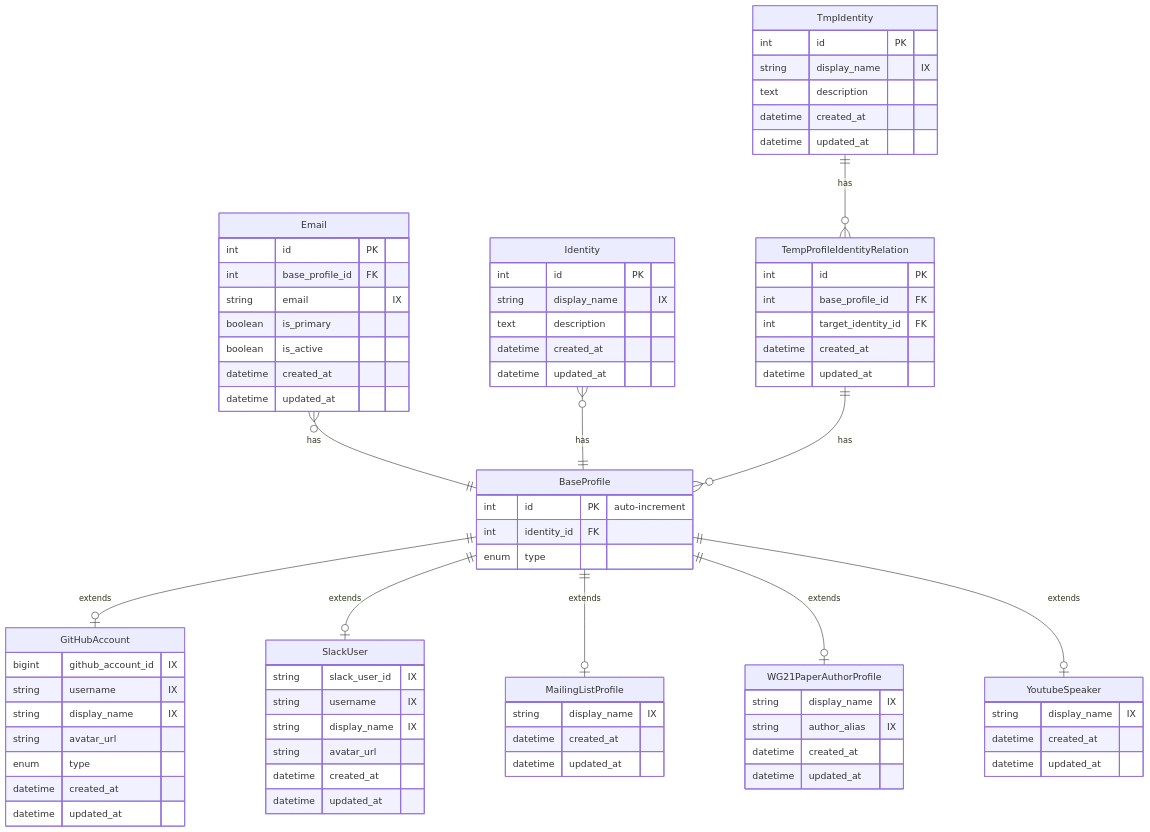
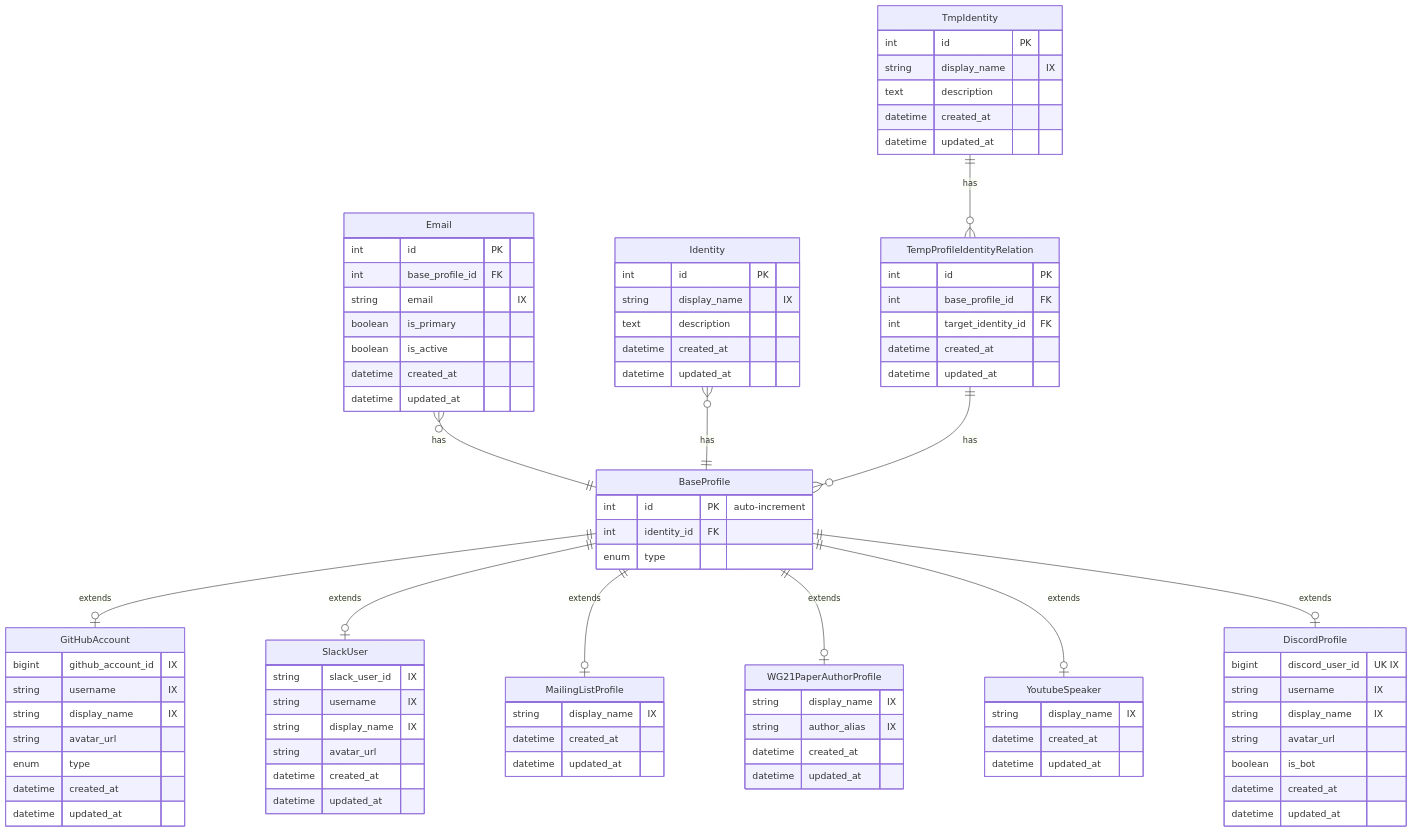
The first of 15 diagrams in docs/Schema.md (cppalliance/boost-data-collector), drawn with Mermaid before and after one commit. The commit also changed other lines of this file and 6 other files, not shown here.

First line of the commit message:
Enhance Discord activity tracker documentation and schema

```diff
--- a/docs/Schema.md
+++ b/docs/Schema.md
@@ -21,6 +21,7 @@
     BaseProfile ||--o| MailingListProfile : "extends"
     BaseProfile ||--o| WG21PaperAuthorProfile : "extends"
     BaseProfile ||--o| YoutubeSpeaker : "extends"
+    BaseProfile ||--o| DiscordProfile : "extends"
     Identity }o--|| BaseProfile  : "has"
     TempProfileIdentityRelation ||--o{ BaseProfile  : "has"
     TmpIdentity ||--o{ TempProfileIdentityRelation : "has"
@@ -80,6 +81,16 @@
         datetime updated_at
     }
 
+    DiscordProfile {
+        bigint discord_user_id "UK IX"
+        string username "IX"
+        string display_name "IX"
+        string avatar_url
+        boolean is_bot
+        datetime created_at
+        datetime updated_at
+    }
+
     Identity {
         int id PK
         string display_name "IX"
```
